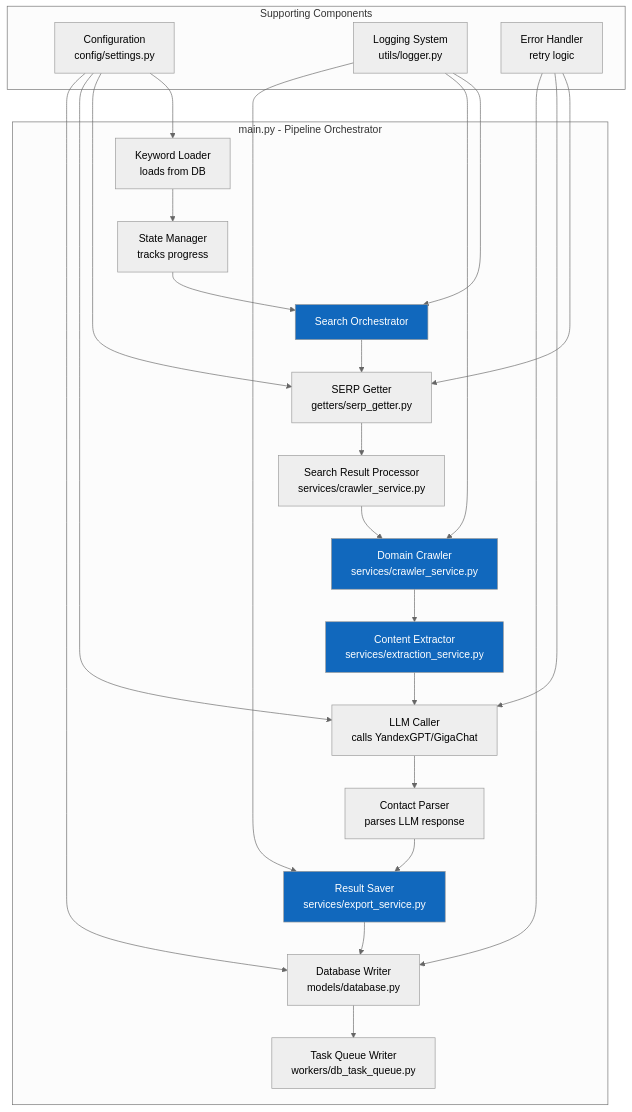
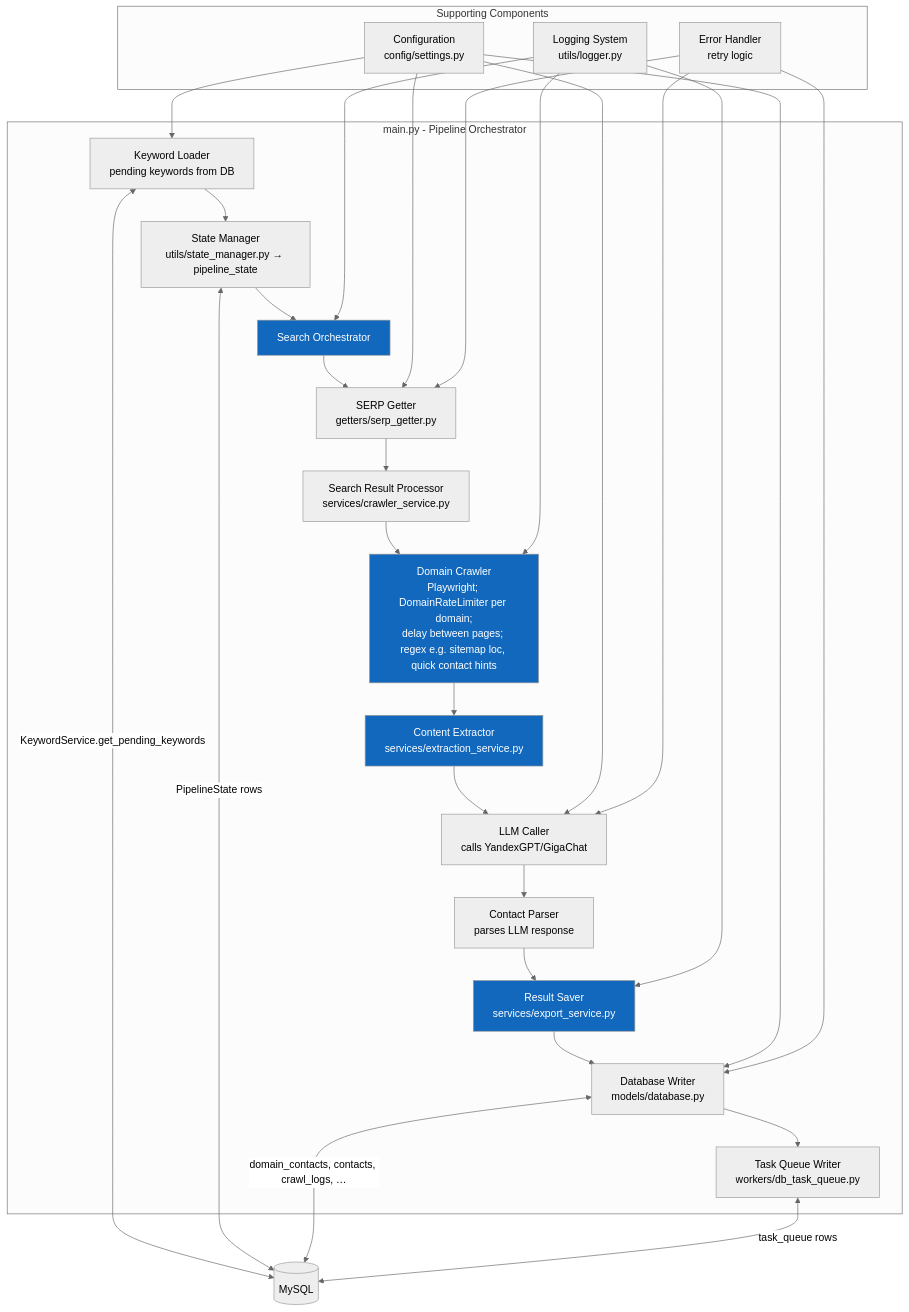
One commit to hauptmann1971/b2b-contact-miner changed the third of 8 diagrams in doc/C4_ARCHITECTURE.md. Above: the diagram before and after it, drawn with Mermaid (neutral theme). The commit also changed other lines of this file and 1 other file, not shown here.

Commit message:
docs(c4): align diagrams with codebase (MySQL, workers, crawl_logs, export)

````diff
--- a/doc/C4_ARCHITECTURE.md
+++ b/doc/C4_ARCHITECTURE.md
@@ -86,45 +86,51 @@
 ```mermaid
 graph TB
     subgraph "main.py - Pipeline Orchestrator"
-        KeywordLoader[Keyword Loader<br/>loads from DB] --> StateManager[State Manager<br/>tracks progress]
+        KeywordLoader[Keyword Loader<br/>pending keywords from DB] --> StateManager[State Manager<br/>utils/state_manager.py → pipeline_state]
         StateManager --> SearchOrchestrator[Search Orchestrator]
         
         SearchOrchestrator --> SERPGetter[SERP Getter<br/>getters/serp_getter.py]
         SERPGetter --> SearchResultProcessor[Search Result Processor<br/>services/crawler_service.py]
         
-        SearchResultProcessor --> DomainCrawler[Domain Crawler<br/>services/crawler_service.py]
+        SearchResultProcessor --> DomainCrawler[Domain Crawler<br/>Playwright; DomainRateLimiter per domain;<br/>delay between pages; regex e.g. sitemap loc, quick contact hints]
         DomainCrawler --> ContentExtractor[Content Extractor<br/>services/extraction_service.py]
         
         ContentExtractor --> LLMCaller[LLM Caller<br/>calls YandexGPT/GigaChat]
         LLMCaller --> ContactParser[Contact Parser<br/>parses LLM response]
         
         ContactParser --> ResultSaver[Result Saver<br/>services/export_service.py]
         ResultSaver --> DBWriter[Database Writer<br/>models/database.py]
         
         DBWriter --> TaskQueueWriter[Task Queue Writer<br/>workers/db_task_queue.py]
     end
+    
+    MySQL[(MySQL)]
+    KeywordLoader <-->|KeywordService.get_pending_keywords| MySQL
+    StateManager <-->|PipelineState rows| MySQL
+    DBWriter <-->|domain_contacts, contacts, crawl_logs, …| MySQL
+    TaskQueueWriter <-->|task_queue rows| MySQL
     
     subgraph "Supporting Components"
         Config[Configuration<br/>config/settings.py]
         Logger[Logging System<br/>utils/logger.py]
         ErrorHandler[Error Handler<br/>retry logic]
     end
     
     Config --> KeywordLoader
     Config --> SERPGetter
     Config --> LLMCaller
     Config --> DBWriter
     
     Logger --> SearchOrchestrator
     Logger --> DomainCrawler
     Logger --> ResultSaver
     
     ErrorHandler --> SERPGetter
     ErrorHandler --> LLMCaller
     ErrorHandler --> DBWriter
     
     style SearchOrchestrator fill:#1168bd,color:#fff
     style DomainCrawler fill:#1168bd,color:#fff
     style ContentExtractor fill:#1168bd,color:#fff
     style ResultSaver fill:#1168bd,color:#fff
 ```
````
